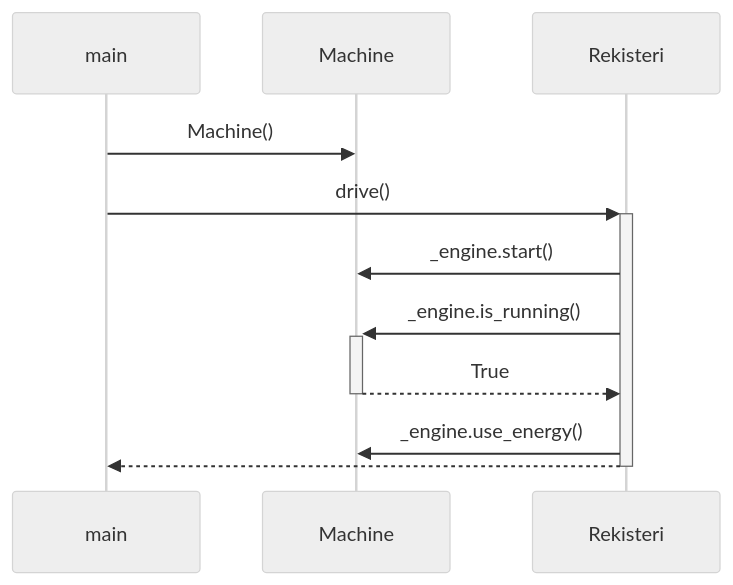
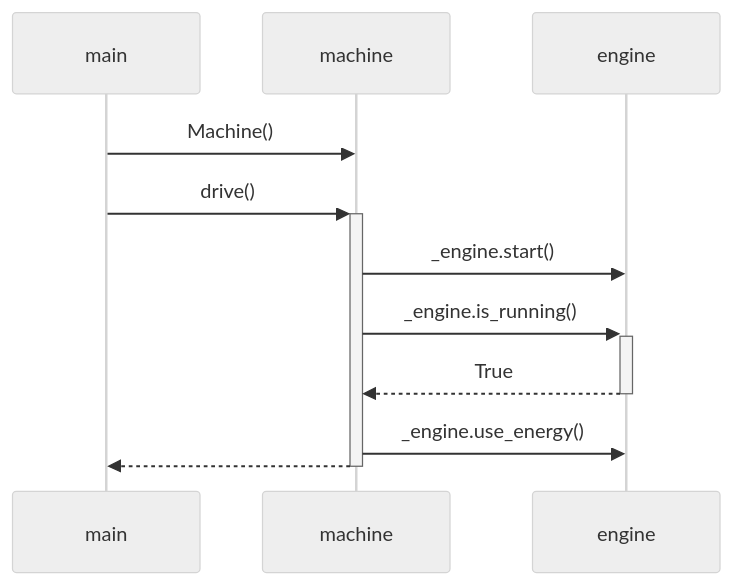
The third of 4 diagrams in laskarit/viikko3/UML.md (VehvilainenPooki/OTProjekti), drawn with Mermaid (neutral theme) before and after one commit.

````diff
--- a/laskarit/viikko3/UML.md
+++ b/laskarit/viikko3/UML.md
@@ -95,10 +95,10 @@
 ```mermaid
  sequenceDiagram
-      main->>Machine: Machine()
-      main->>+Rekisteri: drive()
-      Rekisteri->>Machine: _engine.start()
-      Rekisteri->>+Machine: _engine.is_running()
-      Machine-->>-Rekisteri: True
-      Rekisteri->>Machine: _engine.use_energy()
-      Rekisteri-->>-main:  
+      main->>machine: Machine()
+      main->>+machine: drive()
+      machine->>engine: _engine.start()
+      machine->>+engine: _engine.is_running()
+      engine-->>-machine: True
+      machine->>engine: _engine.use_energy()
+      machine-->>-main:  
 ```
````
